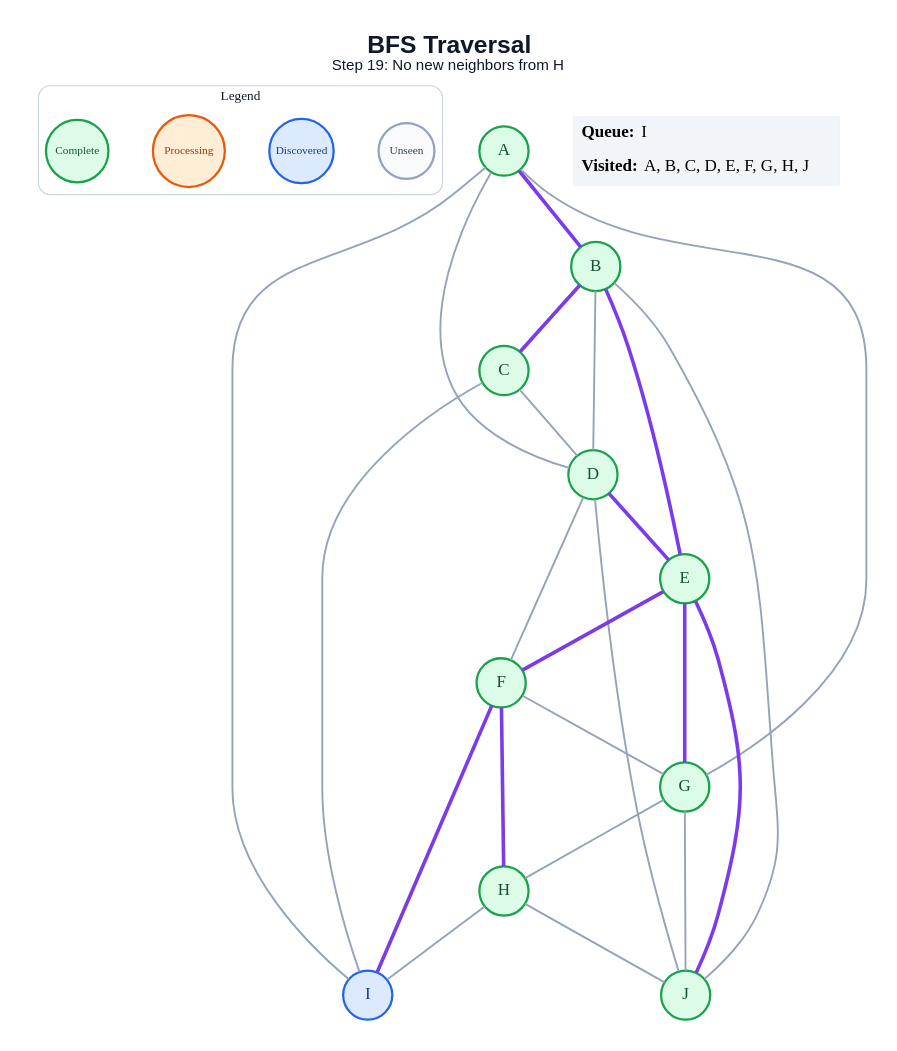
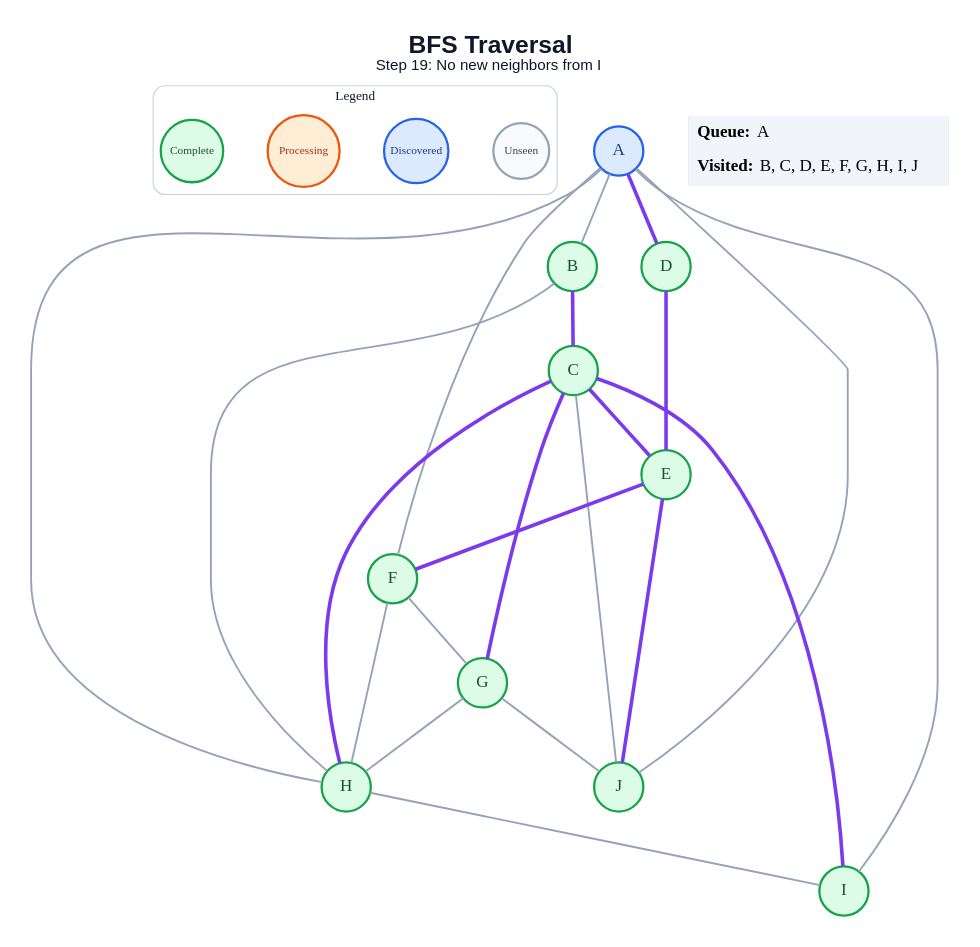
The diagram in generated/specific-node/bfs/step_19.dot (amanghodawala9/ai-slop), drawn with Graphviz before and after one commit. The commit also changed 178 other files, not shown here.

```diff
--- a/generated/specific-node/bfs/step_19.dot
+++ b/generated/specific-node/bfs/step_19.dot
@@ -1,52 +1,50 @@
 graph traversal {
   graph [layout=dot, rankdir=TB, bgcolor="#FFFFFF", pad="0.35", nodesep="0.65", ranksep="0.8", fontname="Arial"];
   node [shape=circle, style="filled", fontname="Arial Bold", fontsize=18, width=0.72, fixedsize=true, penwidth=2.4];
   edge [color="#94A3B8", penwidth=2.0];
-  label=<<B>BFS Traversal</B><BR/><FONT POINT-SIZE="16">Step 19: No new neighbors from H</FONT>>; labelloc="t"; fontsize=26; fontname="Arial"; fontcolor="#0F172A";
+  label=<<B>BFS Traversal</B><BR/><FONT POINT-SIZE="16">Step 19: No new neighbors from I</FONT>>; labelloc="t"; fontsize=26; fontname="Arial"; fontcolor="#0F172A";
   subgraph cluster_legend { label="Legend"; color="#CBD5E1"; penwidth=1.2; style="rounded"; fontsize=14; fontname="Arial Bold";
     key_unseen [label="Unseen", fillcolor="#F8FAFC", color="#94A3B8", fontcolor="#334155", fontsize=12, width=0.82];
     key_frontier [label="Discovered", fillcolor="#DBEAFE", color="#2563EB", fontcolor="#1E3A8A", fontsize=12, width=0.95];
     key_current [label="Processing", fillcolor="#FFEDD5", color="#EA580C", fontcolor="#9A3412", fontsize=12, width=1.05];
     key_done [label="Complete", fillcolor="#DCFCE7", color="#16A34A", fontcolor="#14532D", fontsize=12, width=0.92];
     { rank=same; key_unseen; key_frontier; key_current; key_done; }
   }
-  A [fillcolor="#DCFCE7", color="#16A34A", fontcolor="#14532D"];
+  A [fillcolor="#DBEAFE", color="#2563EB", fontcolor="#1E3A8A"];
   B [fillcolor="#DCFCE7", color="#16A34A", fontcolor="#14532D"];
   C [fillcolor="#DCFCE7", color="#16A34A", fontcolor="#14532D"];
   D [fillcolor="#DCFCE7", color="#16A34A", fontcolor="#14532D"];
   E [fillcolor="#DCFCE7", color="#16A34A", fontcolor="#14532D"];
   F [fillcolor="#DCFCE7", color="#16A34A", fontcolor="#14532D"];
   G [fillcolor="#DCFCE7", color="#16A34A", fontcolor="#14532D"];
   H [fillcolor="#DCFCE7", color="#16A34A", fontcolor="#14532D"];
-  I [fillcolor="#DBEAFE", color="#2563EB", fontcolor="#1E3A8A"];
+  I [fillcolor="#DCFCE7", color="#16A34A", fontcolor="#14532D"];
   J [fillcolor="#DCFCE7", color="#16A34A", fontcolor="#14532D"];
-  A -- B [color="#7C3AED", penwidth=3.8];
-  A -- D;
-  A -- G;
+  A -- B;
+  A -- D [color="#7C3AED", penwidth=3.8];
+  A -- F;
+  A -- H;
   A -- I;
+  A -- J;
   B -- C [color="#7C3AED", penwidth=3.8];
-  B -- D;
-  B -- E [color="#7C3AED", penwidth=3.8];
-  B -- J;
-  C -- D;
-  C -- I;
+  B -- H;
+  C -- E [color="#7C3AED", penwidth=3.8];
+  C -- G [color="#7C3AED", penwidth=3.8];
+  C -- H [color="#7C3AED", penwidth=3.8];
+  C -- I [color="#7C3AED", penwidth=3.8];
+  C -- J;
   D -- E [color="#7C3AED", penwidth=3.8];
-  D -- F;
-  D -- J;
   E -- F [color="#7C3AED", penwidth=3.8];
-  E -- G [color="#7C3AED", penwidth=3.8];
   E -- J [color="#7C3AED", penwidth=3.8];
   F -- G;
-  F -- H [color="#7C3AED", penwidth=3.8];
-  F -- I [color="#7C3AED", penwidth=3.8];
+  F -- H;
   G -- H;
   G -- J;
   H -- I;
-  H -- J;
   status [shape=plain, fixedsize=false, width=0, height=0, margin=0, label=<
     <TABLE BORDER="0" CELLBORDER="0" CELLPADDING="7" BGCOLOR="#F1F5F9">
-      <TR><TD ALIGN="LEFT"><B>Queue:</B> I</TD></TR>
-      <TR><TD ALIGN="LEFT"><B>Visited:</B> A, B, C, D, E, F, G, H, J</TD></TR>
+      <TR><TD ALIGN="LEFT"><B>Queue:</B> A</TD></TR>
+      <TR><TD ALIGN="LEFT"><B>Visited:</B> B, C, D, E, F, G, H, I, J</TD></TR>
     </TABLE>
   >];
 }
```
